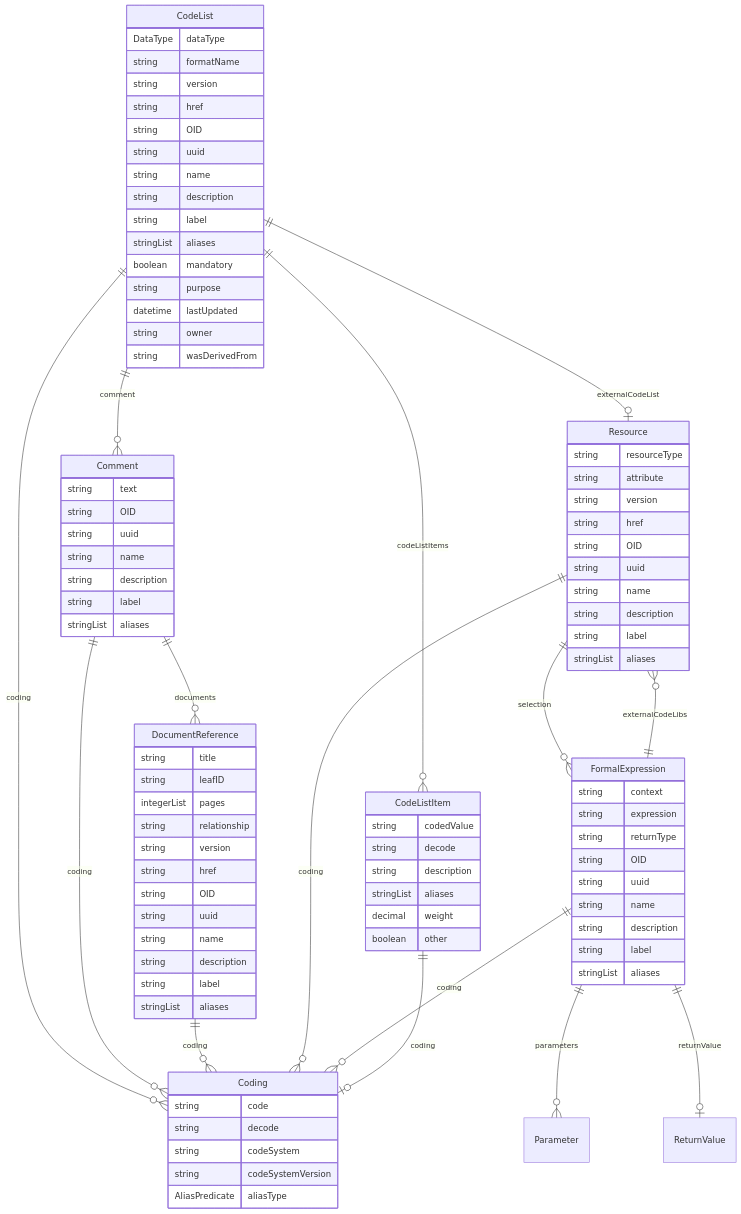
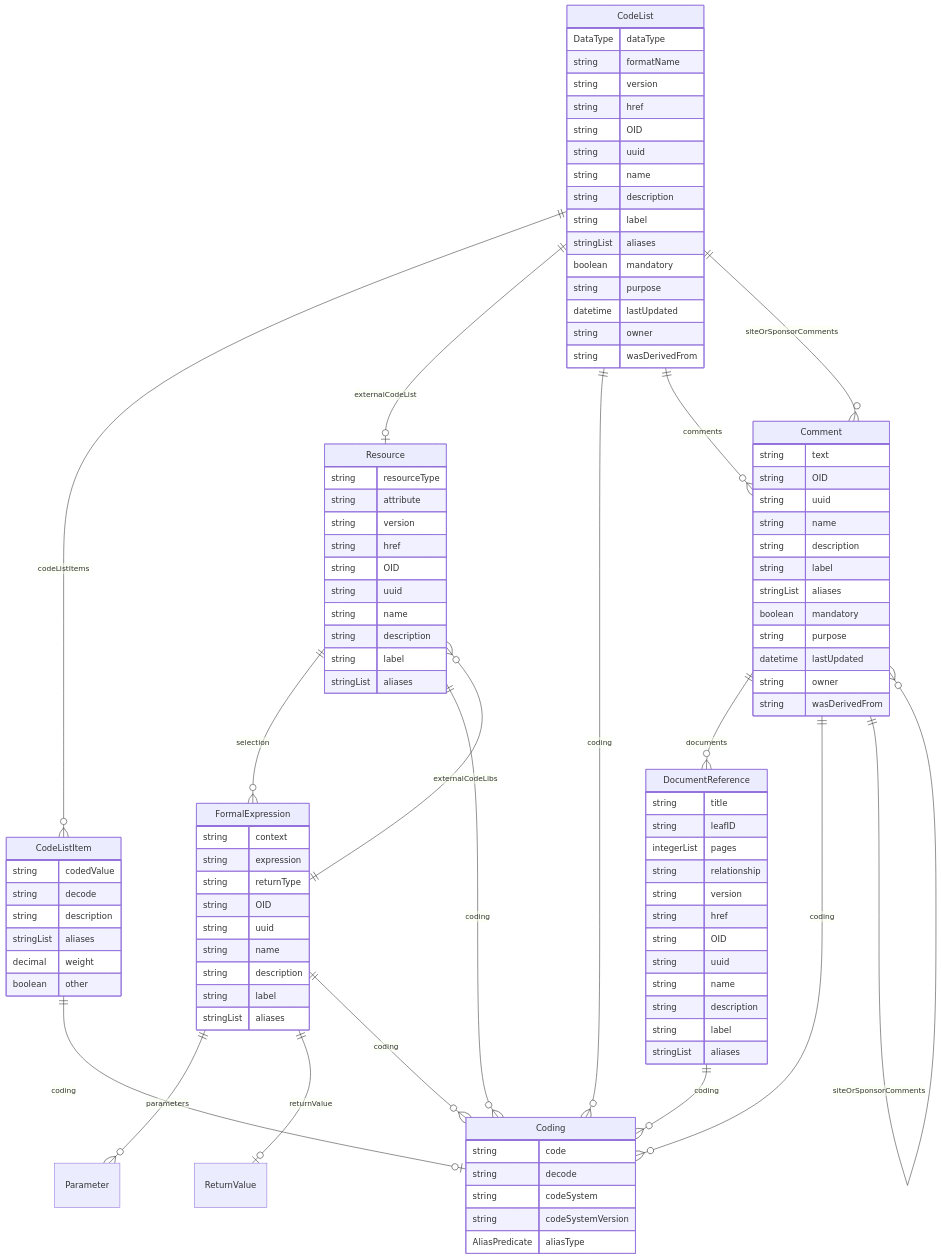
One commit to TeMeta/define-json changed the diagram in docs/classes/CodeList.md. Above: the diagram before and after it, drawn with Mermaid. The commit also changed other lines of this file and 260 other files, not shown here.

```diff
--- a/docs/classes/CodeList.md
+++ b/docs/classes/CodeList.md
@@ -40,6 +40,11 @@
     string description  
     string label  
     stringList aliases  
+    boolean mandatory  
+    string purpose  
+    datetime lastUpdated  
+    string owner  
+    string wasDerivedFrom  
 }
 Coding {
     string code  
@@ -97,9 +102,12 @@
 CodeList ||--}o CodeListItem : "codeListItems"
 CodeList ||--|o Resource : "externalCodeList"
 CodeList ||--}o Coding : "coding"
-CodeList ||--}o Comment : "comment"
+CodeList ||--}o Comment : "comments"
+CodeList ||--}o Comment : "siteOrSponsorComments"
 Comment ||--}o DocumentReference : "documents"
 Comment ||--}o Coding : "coding"
+Comment ||--}o Comment : "comments"
+Comment ||--}o Comment : "siteOrSponsorComments"
 DocumentReference ||--}o Coding : "coding"
 Resource ||--}o FormalExpression : "selection"
 Resource ||--}o Coding : "coding"
```
